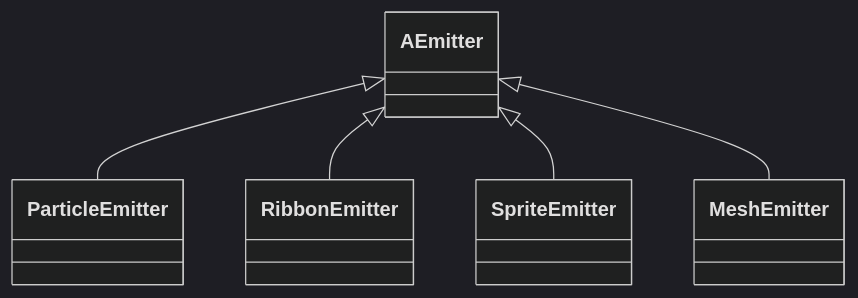
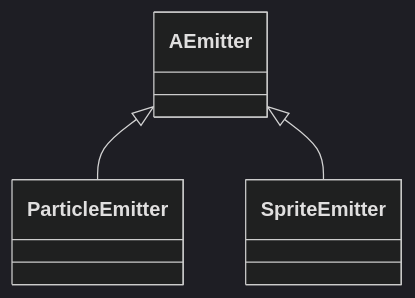
The first of 2 diagrams in README.md (jooyounghan/ProjectA), drawn with Mermaid (dark theme) before and after one commit. The commit also changed other lines of this file, not shown here.

````diff
--- a/README.md
+++ b/README.md
@@ -18,12 +17,8 @@
 	```mermaid
 	classDiagram
 		class AEmitter
 		class ParticleEmitter
-		class RibbonEmitter
 		class SpriteEmitter
-		class MeshEmitter
 		AEmitter <|-- ParticleEmitter
-		AEmitter <|-- RibbonEmitter
 		AEmitter<|-- SpriteEmitter
-		AEmitter <|-- MeshEmitter
 	```
````
